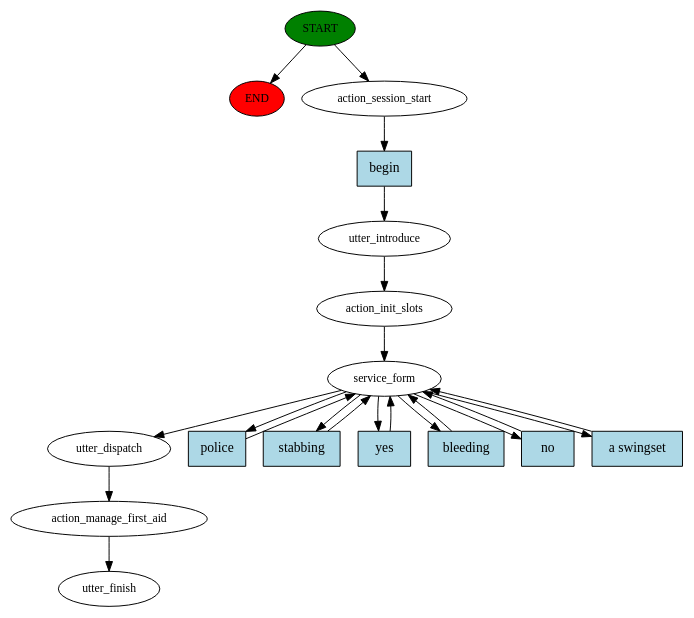
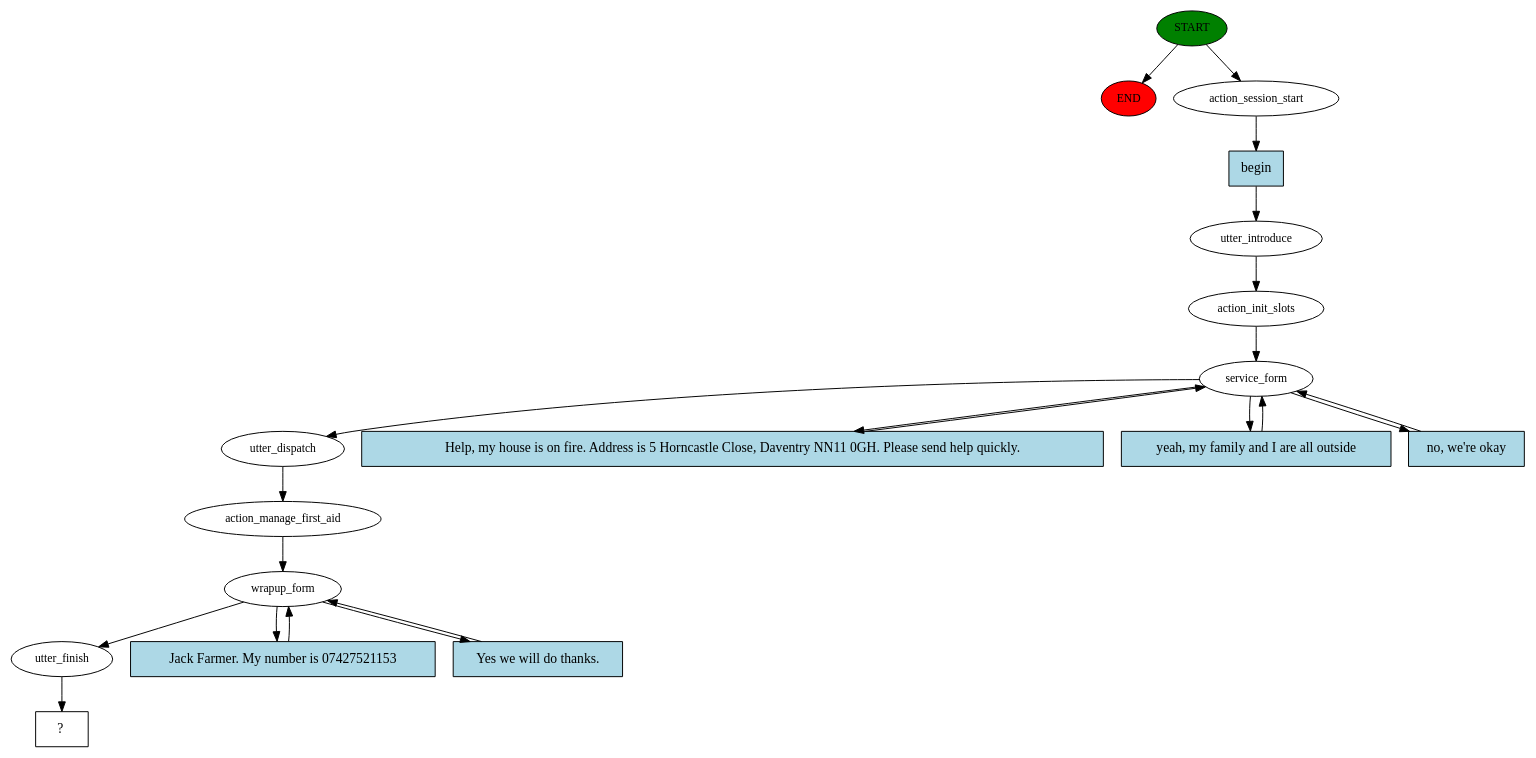
One commit to JackFarmer132/CS310Project changed the diagram in chatbot/story_graph.dot. Above: the diagram before and after it, drawn with Graphviz. The commit also changed 100 other files, not shown here.

Commit message:
updated all stories and tidied form code

```diff
--- a/chatbot/story_graph.dot
+++ b/chatbot/story_graph.dot
@@ -1,39 +1,40 @@
 digraph  {
 0 [class="start active", fillcolor=green, fontsize=12, label=START, style=filled];
 "-1" [class=end, fillcolor=red, fontsize=12, label=END, style=filled];
 1 [class=active, fontsize=12, label=action_session_start];
 2 [class=active, fontsize=12, label=utter_introduce];
 3 [class=active, fontsize=12, label=action_init_slots];
 4 [class=active, fontsize=12, label=service_form];
-11 [class=active, fontsize=12, label=utter_dispatch];
-12 [class=active, fontsize=12, label=action_manage_first_aid];
-13 [class="dashed active", fontsize=12, label=utter_finish];
-14 [class="intent active", fillcolor=lightblue, label=begin, shape=rect, style=filled];
-15 [class="intent active", fillcolor=lightblue, label=police, shape=rect, style=filled];
-16 [class="intent active", fillcolor=lightblue, label=stabbing, shape=rect, style=filled];
-17 [class="intent active", fillcolor=lightblue, label=yes, shape=rect, style=filled];
-18 [class="intent active", fillcolor=lightblue, label=bleeding, shape=rect, style=filled];
-19 [class="intent active", fillcolor=lightblue, label=no, shape=rect, style=filled];
-20 [class="intent active", fillcolor=lightblue, label="a swingset", shape=rect, style=filled];
+8 [class=active, fontsize=12, label=utter_dispatch];
+9 [class=active, fontsize=12, label=action_manage_first_aid];
+10 [class=active, fontsize=12, label=wrapup_form];
+13 [class=active, fontsize=12, label=utter_finish];
+14 [class="intent dashed active", label="  ?  ", shape=rect];
+15 [class="intent active", fillcolor=lightblue, label=begin, shape=rect, style=filled];
+16 [class="intent active", fillcolor=lightblue, label="Help, my house is on fire. Address is 5 Horncastle Close, Daventry NN11 0GH. Please send help quickly.", shape=rect, style=filled];
+17 [class="intent active", fillcolor=lightblue, label="yeah, my family and I are all outside", shape=rect, style=filled];
+18 [class="intent active", fillcolor=lightblue, label="no, we're okay", shape=rect, style=filled];
+19 [class="intent active", fillcolor=lightblue, label="Jack Farmer. My number is 07427521153", shape=rect, style=filled];
+20 [class="intent active", fillcolor=lightblue, label="Yes we will do thanks.", shape=rect, style=filled];
 0 -> "-1"  [class="", key=NONE, label=""];
 0 -> 1  [class=active, key=NONE, label=""];
-1 -> 14  [class=active, key=0];
+1 -> 15  [class=active, key=0];
 2 -> 3  [class=active, key=NONE, label=""];
 3 -> 4  [class=active, key=NONE, label=""];
-4 -> 11  [class=active, key=NONE, label=""];
-4 -> 15  [class=active, key=0];
+4 -> 8  [class=active, key=NONE, label=""];
 4 -> 16  [class=active, key=0];
 4 -> 17  [class=active, key=0];
 4 -> 18  [class=active, key=0];
-4 -> 19  [class=active, key=0];
-4 -> 20  [class=active, key=0];
-11 -> 12  [class=active, key=NONE, label=""];
-12 -> 13  [class=active, key=NONE, label=""];
-14 -> 2  [class=active, key=0];
-15 -> 4  [class=active, key=0];
+8 -> 9  [class=active, key=NONE, label=""];
+9 -> 10  [class=active, key=NONE, label=""];
+10 -> 13  [class=active, key=NONE, label=""];
+10 -> 19  [class=active, key=0];
+10 -> 20  [class=active, key=0];
+13 -> 14  [class=active, key=NONE, label=""];
+15 -> 2  [class=active, key=0];
 16 -> 4  [class=active, key=0];
 17 -> 4  [class=active, key=0];
 18 -> 4  [class=active, key=0];
-19 -> 4  [class=active, key=0];
-20 -> 4  [class=active, key=0];
+19 -> 10  [class=active, key=0];
+20 -> 10  [class=active, key=0];
 }
```
